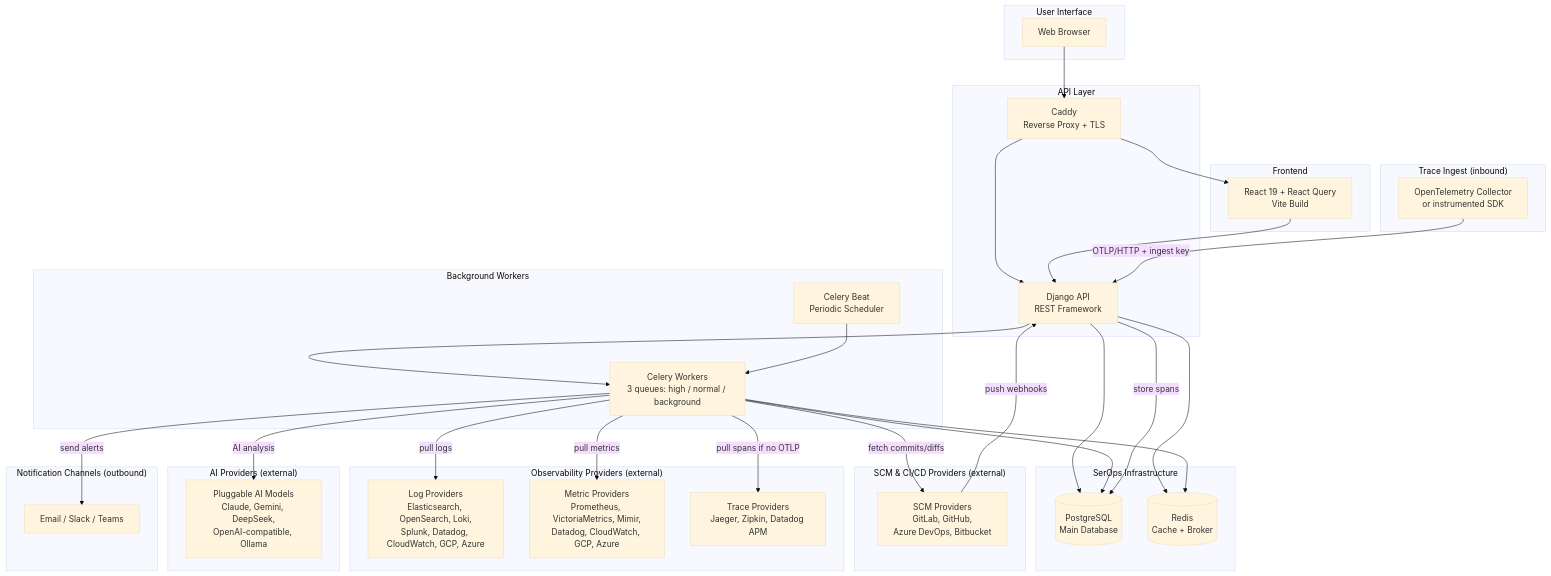
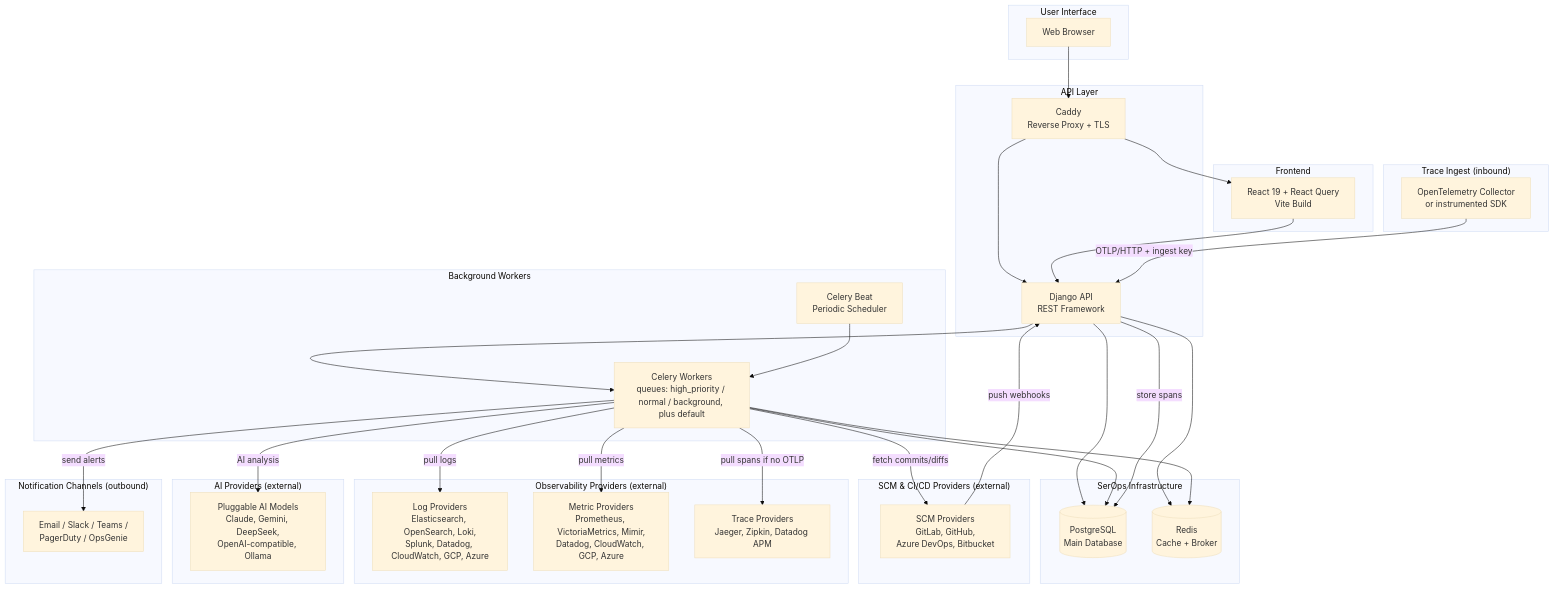
One commit to getserops/serops changed the diagram in docs/src/architecture/overview.md. Above: the diagram before and after it, drawn with Mermaid (base theme). The commit also changed other lines of this file and 172 other files, not shown here.

````diff
--- a/docs/src/architecture/overview.md
+++ b/docs/src/architecture/overview.md
@@ -17,68 +17,68 @@
 ```mermaid
 graph TB
     subgraph "User Interface"
         Browser[Web Browser]
     end
 
     subgraph "Frontend"
         React[React 19 + React Query<br/>Vite Build]
     end
 
     subgraph "API Layer"
         Proxy[Caddy<br/>Reverse Proxy + TLS]
         Django[Django API<br/>REST Framework]
     end
 
     subgraph "Background Workers"
-        Celery[Celery Workers<br/>3 queues: high / normal / background]
+        Celery[Celery Workers<br/>queues: high_priority / normal / background, plus default]
         Beat[Celery Beat<br/>Periodic Scheduler]
     end
 
     subgraph "SerOps Infrastructure"
         Postgres[(PostgreSQL<br/>Main Database)]
         Redis[(Redis<br/>Cache + Broker)]
     end
 
     subgraph "Observability Providers (external)"
         LogP[Log Providers<br/>Elasticsearch, OpenSearch, Loki,<br/>Splunk, Datadog, CloudWatch, GCP, Azure]
         MetricP[Metric Providers<br/>Prometheus, VictoriaMetrics, Mimir,<br/>Datadog, CloudWatch, GCP, Azure]
         TraceP[Trace Providers<br/>Jaeger, Zipkin, Datadog APM]
     end
 
     subgraph "Trace Ingest (inbound)"
         OTel[OpenTelemetry Collector<br/>or instrumented SDK]
     end
 
     subgraph "SCM & CI/CD Providers (external)"
         SCM[SCM Providers<br/>GitLab, GitHub,<br/>Azure DevOps, Bitbucket]
     end
 
     subgraph "AI Providers (external)"
         AI[Pluggable AI Models<br/>Claude, Gemini, DeepSeek,<br/>OpenAI-compatible, Ollama]
     end
 
     subgraph "Notification Channels (outbound)"
-        Notify[Email / Slack / Teams]
+        Notify[Email / Slack / Teams /<br/>PagerDuty / OpsGenie]
     end
 
     Browser --> Proxy
     Proxy --> React
     Proxy --> Django
     React --> Django
     Django --> Postgres
     Django --> Redis
     Django --> Celery
     Celery --> Redis
     Celery --> Postgres
     Beat --> Celery
 
     Celery -->|pull logs| LogP
     Celery -->|pull metrics| MetricP
     Celery -->|pull spans if no OTLP| TraceP
     OTel -->|OTLP/HTTP + ingest key| Django
     Django -->|store spans| Postgres
     SCM -->|push webhooks| Django
     Celery -->|fetch commits/diffs| SCM
     Celery -->|AI analysis| AI
     Celery -->|send alerts| Notify
 ```
````
